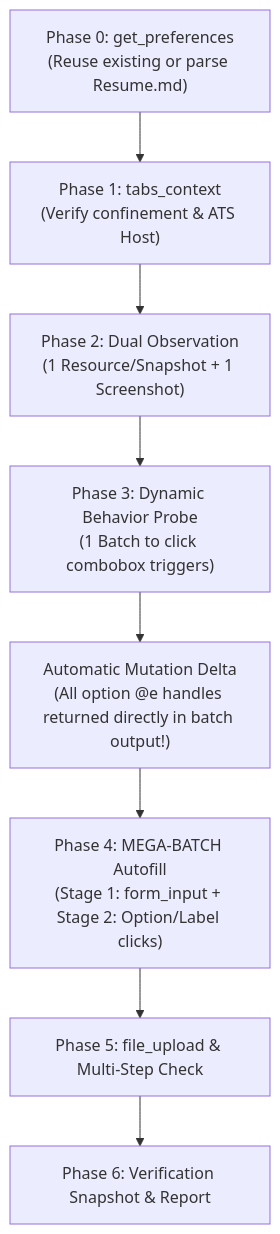
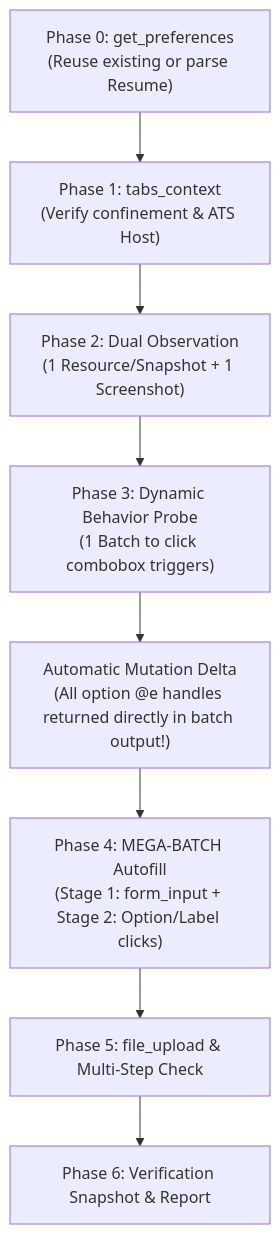
The diagram in main/skill/SKILL.md (fschatbot/Resumate), drawn with Mermaid before and after one commit. The commit also changed other lines of this file and 22 other files, not shown here.

````diff
--- a/main/skill/SKILL.md
+++ b/main/skill/SKILL.md
@@ -103,10 +122,10 @@
 ```mermaid
 flowchart TD
-    A["Phase 0: get_preferences<br/>(Reuse existing or parse Resume.md)"] --> B["Phase 1: tabs_context<br/>(Verify confinement & ATS Host)"]
+    A["Phase 0: get_preferences<br/>(Reuse existing or parse Resume)"] --> B["Phase 1: tabs_context<br/>(Verify confinement & ATS Host)"]
     B --> C["Phase 2: Dual Observation<br/>(1 Resource/Snapshot + 1 Screenshot)"]
     C --> D["Phase 3: Dynamic Behavior Probe<br/>(1 Batch to click combobox triggers)"]
     D --> E["Automatic Mutation Delta<br/>(All option @e handles returned directly in batch output!)"]
     E --> F["Phase 4: MEGA-BATCH Autofill<br/>(Stage 1: form_input + Stage 2: Option/Label clicks)"]
     F --> G["Phase 5: file_upload & Multi-Step Check"]
     G --> H["Phase 6: Verification Snapshot & Report"]
 ```
````
